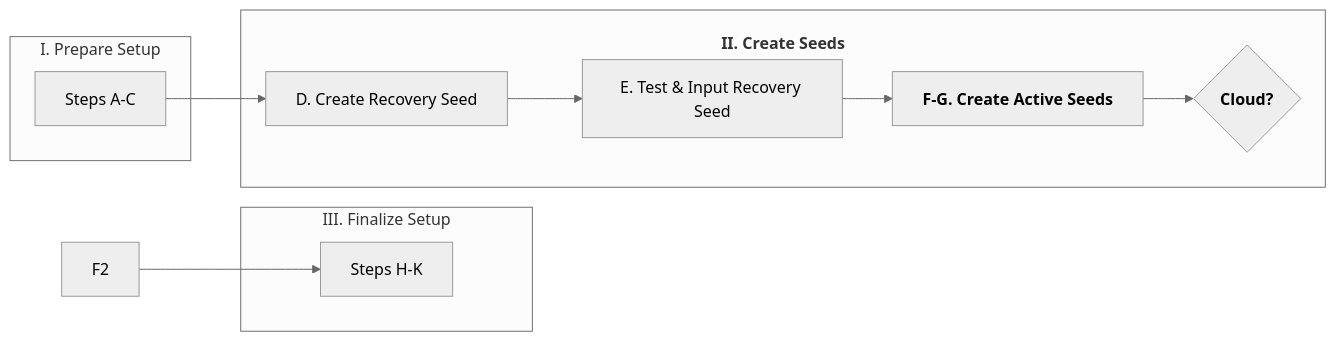
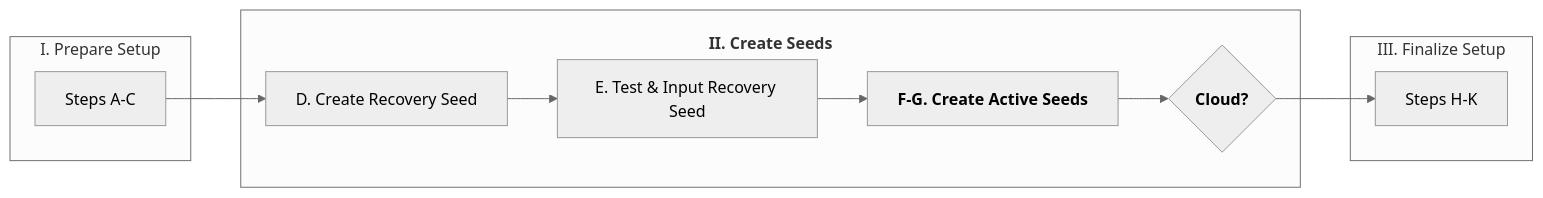
Diagram 16 of 24 in Docs/Scenario-Multisig.md (BlockchainCommons/SmartCustody), drawn with Mermaid (neutral theme) before and after one commit.

````diff
--- a/Docs/Scenario-Multisig.md
+++ b/Docs/Scenario-Multisig.md
@@ -605,18 +605,18 @@
 ```mermaid
     graph LR;
     subgraph 1[I. Prepare Setup]
     C[Steps A-C]
     end
     subgraph 2[<h4>II. Create Seeds</h4>]
     D[D. Create Recovery Seed]
     E[E. Test & Input Recovery Seed]
     F[<b>F-G. Create Active Seeds</b>]
     F1{<b>Cloud?</b>}
     D-->E-->F-->F1
     end
     subgraph 3[III. Finalize Setup]
     H[Steps H-K]
     end
     C-->D
-    F2-->H
+    F1-->H
 ```
````
